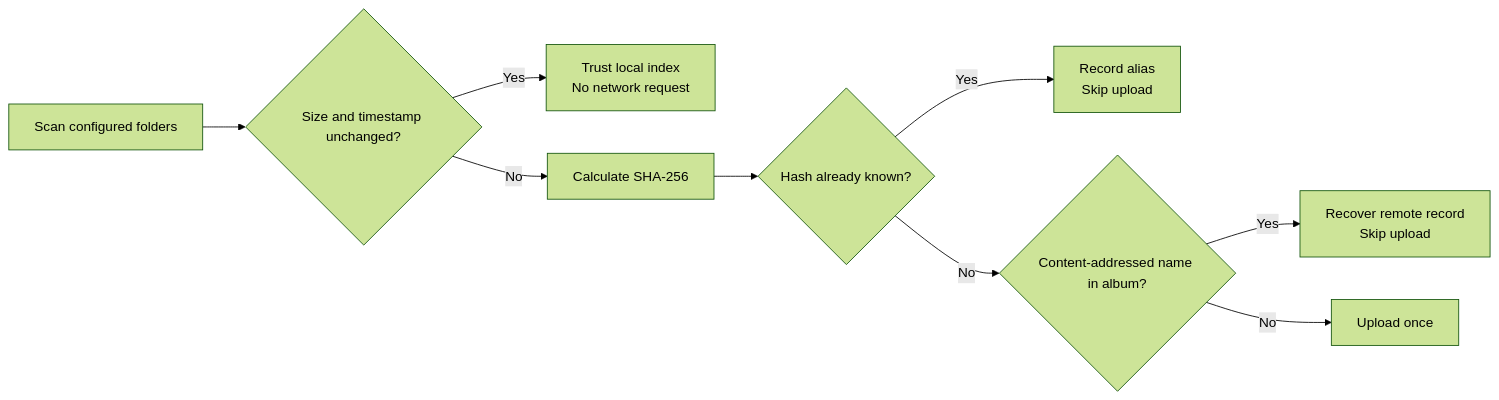
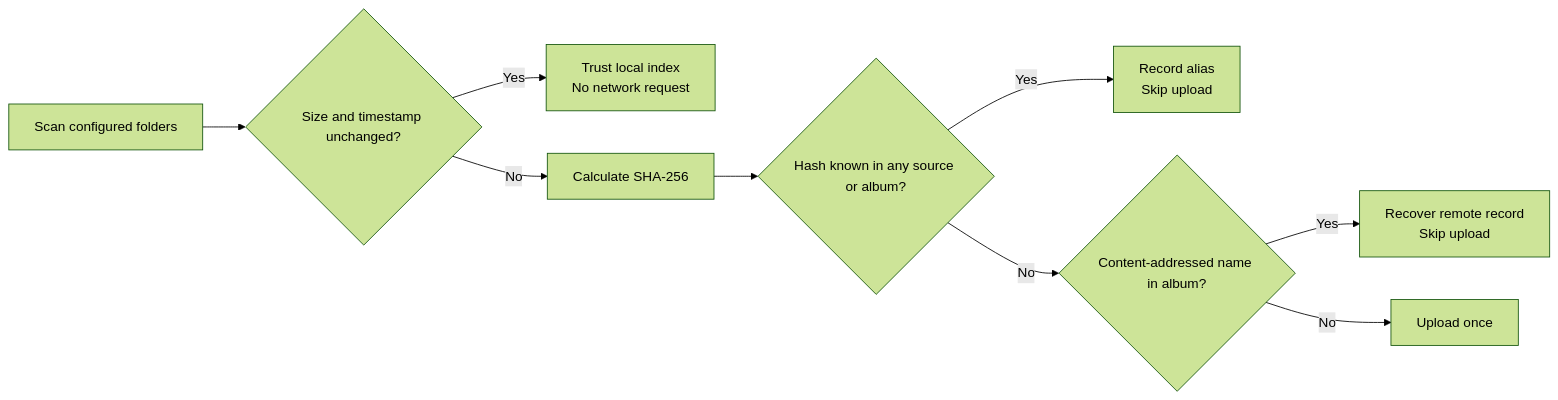
One commit to Henner4746/google-photos-sync-rs changed the diagram in README.md. Above: the diagram before and after it, drawn with Mermaid (forest theme). The commit also changed other lines of this file and 8 other files, not shown here.

````diff
--- a/README.md
+++ b/README.md
@@ -64,11 +71,11 @@
 ```mermaid
 flowchart LR
     A["Scan configured folders"] --> B{"Size and timestamp unchanged?"}
     B -- Yes --> C["Trust local index\nNo network request"]
     B -- No --> D["Calculate SHA-256"]
-    D --> E{"Hash already known?"}
+    D --> E{"Hash known in any source or album?"}
     E -- Yes --> F["Record alias\nSkip upload"]
     E -- No --> G{"Content-addressed name in album?"}
     G -- Yes --> H["Recover remote record\nSkip upload"]
     G -- No --> I["Upload once"]
 ```
````
